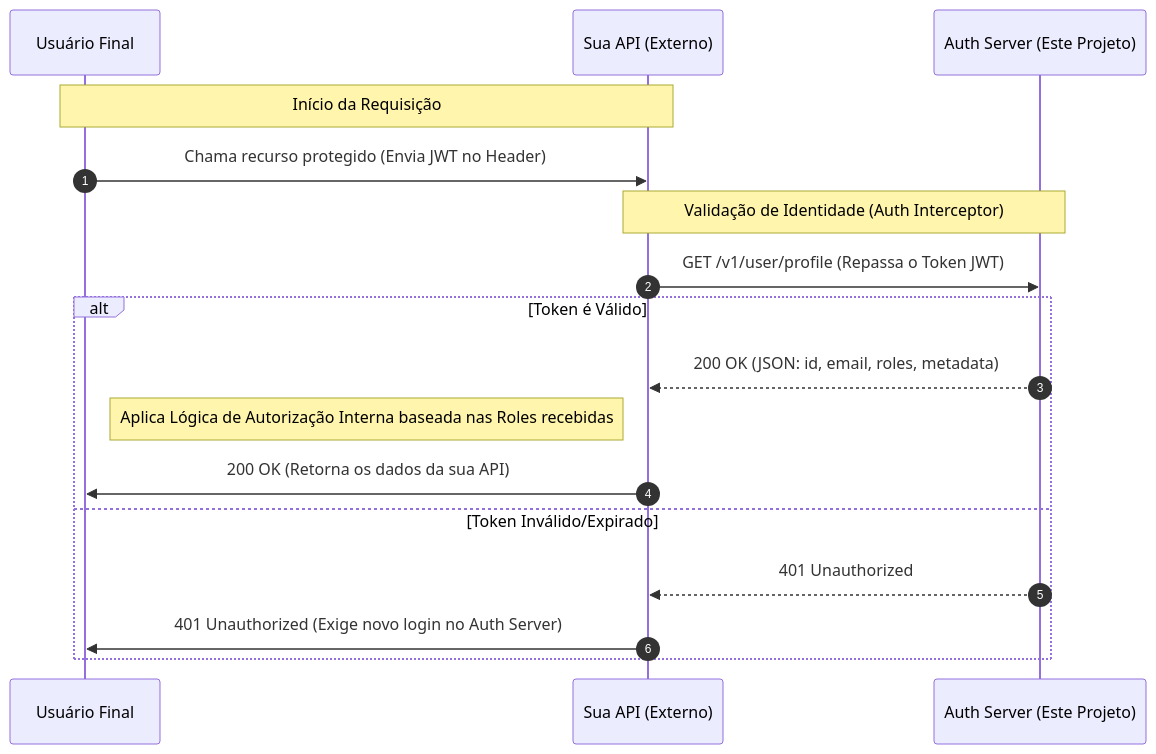
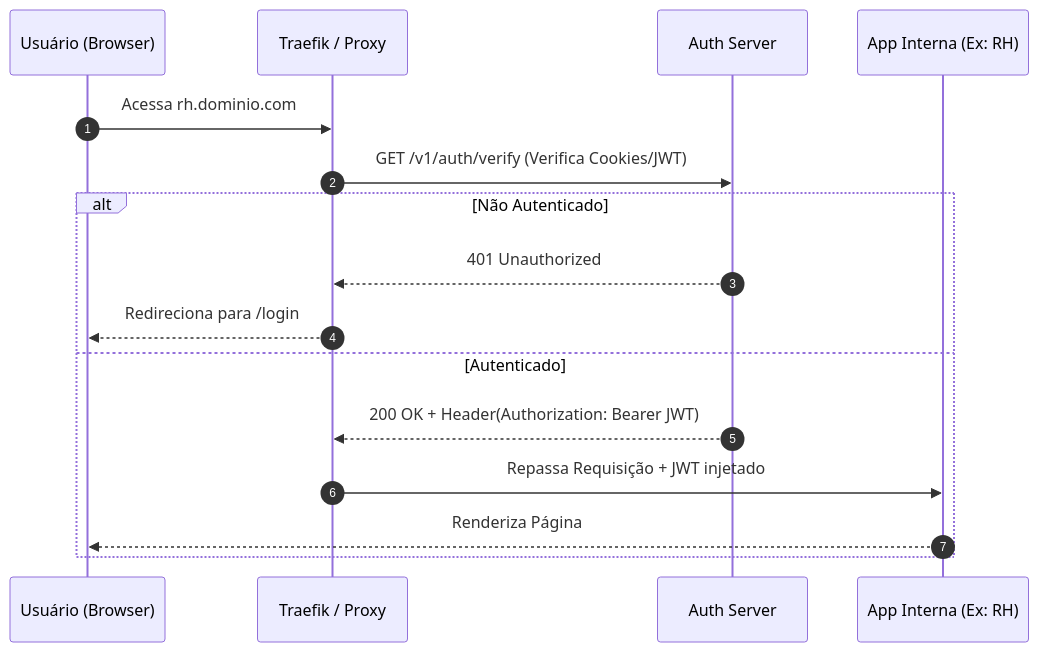
The sixth of 6 diagrams in README.md (secexpessoal/auth-server), drawn with Mermaid before and after one commit. The commit also changed other lines of this file, not shown here.

````diff
--- a/README.md
+++ b/README.md
@@ -192,22 +196,20 @@
 ```mermaid
 sequenceDiagram
     autonumber
-    participant User as Usuário Final
-    participant MyApp as Sua API (Externo)
-    participant Auth as Auth Server (Este Projeto)
+    participant User as Usuário (Browser)
+    participant Proxy as Traefik / Proxy
+    participant Auth as Auth Server
+    participant App as App Interna (Ex: RH)
 
-    Note over User, MyApp: Início da Requisição
-    User->>MyApp: Chama recurso protegido (Envia JWT no Header)
-
-    Note over MyApp, Auth: Validação de Identidade (Auth Interceptor)
-    MyApp->>Auth: GET /v1/user/profile (Repassa o Token JWT)
-
-    alt Token é Válido
-        Auth-->>MyApp: 200 OK (JSON: id, email, roles, metadata)
-        Note left of MyApp: Aplica Lógica de Autorização Interna baseada nas Roles recebidas
-        MyApp->>User: 200 OK (Retorna os dados da sua API)
-    else Token Inválido/Expirado
-        Auth-->>MyApp: 401 Unauthorized
-        MyApp->>User: 401 Unauthorized (Exige novo login no Auth Server)
+    User->>Proxy: Acessa rh.dominio.com
+    Proxy->>Auth: GET /v1/auth/verify (Verifica Cookies/JWT)
+    
+    alt Não Autenticado
+        Auth-->>Proxy: 401 Unauthorized
+        Proxy-->>User: Redireciona para /login
+    else Autenticado
+        Auth-->>Proxy: 200 OK + Header(Authorization: Bearer JWT)
+        Proxy->>App: Repassa Requisição + JWT injetado
+        App-->>User: Renderiza Página
     end
 ```
````
